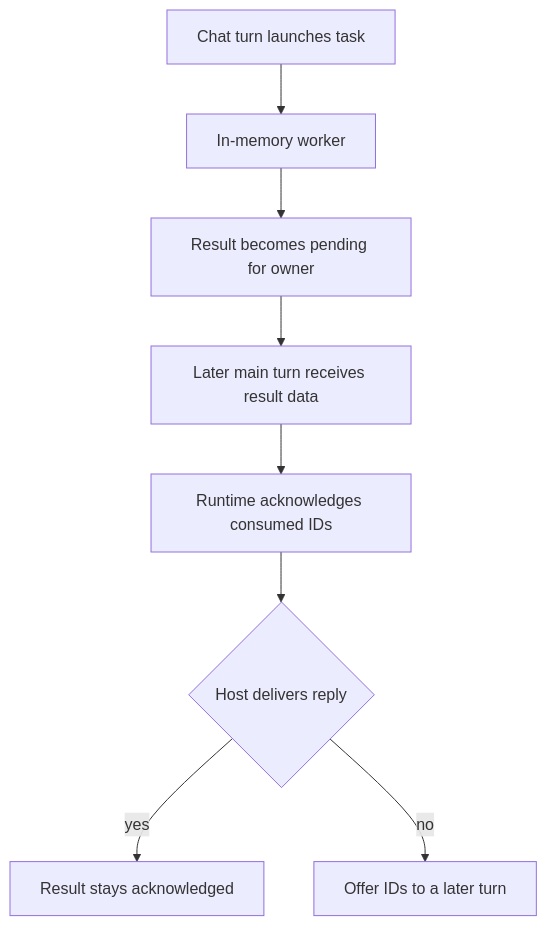
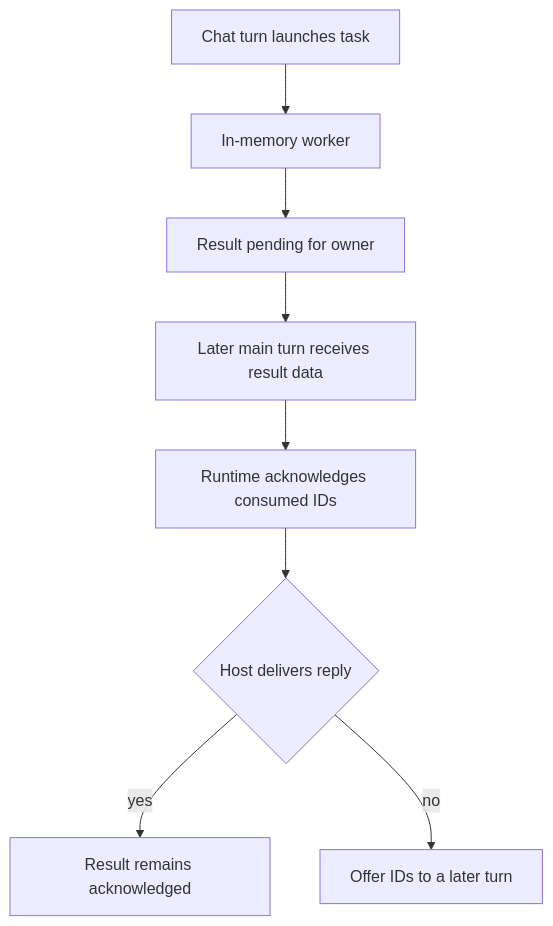
The second of 2 diagrams in openwiki/concepts/talon-scheduling.md (langchain-ai/deepagents), drawn with Mermaid before and after one commit. The commit also changed other lines of this file and 69 other files, not shown here.

````diff
--- a/openwiki/concepts/talon-scheduling.md
+++ b/openwiki/concepts/talon-scheduling.md
@@ -84,10 +88,10 @@
 ```mermaid
 flowchart TD
     Turn["Chat turn launches task"] --> Worker["In-memory worker"]
-    Worker --> Done["Result becomes pending for owner"]
-    Done --> Next["Later main turn receives result data"]
+    Worker --> Pending["Result pending for owner"]
+    Pending --> Next["Later main turn receives result data"]
     Next --> Ack["Runtime acknowledges consumed IDs"]
-    Ack --> Delivery{"Host delivers reply"}
-    Delivery -->|"yes"| Complete["Result stays acknowledged"]
-    Delivery -->|"no"| Requeue["Offer IDs to a later turn"]
+    Ack --> Deliver{"Host delivers reply"}
+    Deliver -->|"yes"| Complete["Result remains acknowledged"]
+    Deliver -->|"no"| Requeue["Offer IDs to a later turn"]
 ```
````
